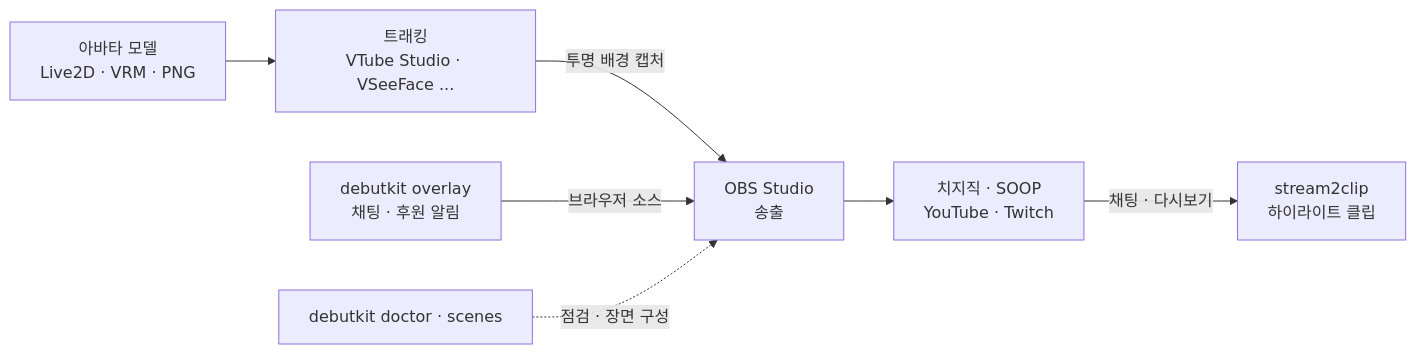
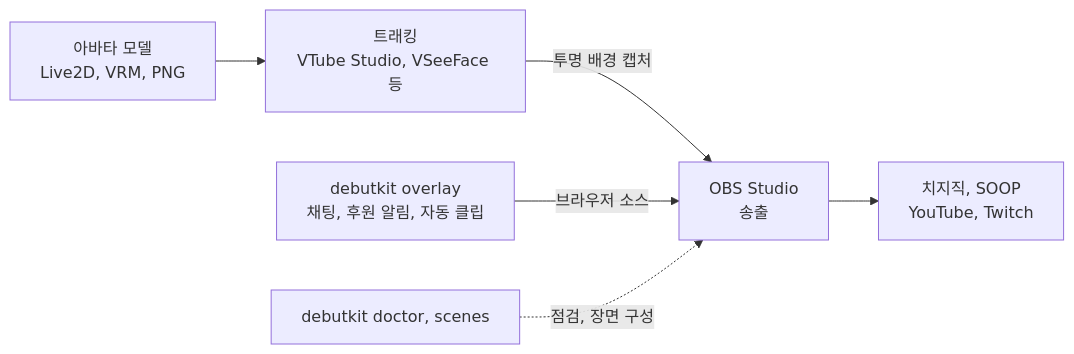
One commit to BudongJW/debutkit changed the diagram in docs/SOFTWARE.md. Above: the diagram before and after it, drawn with Mermaid. The commit also changed other lines of this file and 81 other files, not shown here.

First line of the commit message:
debutkit 0.3: 프로젝트 사이트, ffmpeg 내려받기, 치지직 로그인, 브랜드 적용

````diff
--- a/docs/SOFTWARE.md
+++ b/docs/SOFTWARE.md
@@ -7,9 +10,8 @@
 ```mermaid
 flowchart LR
-    M["아바타 모델<br/>Live2D · VRM · PNG"] --> T["트래킹<br/>VTube Studio · VSeeFace ..."]
+    M["아바타 모델<br/>Live2D, VRM, PNG"] --> T["트래킹<br/>VTube Studio, VSeeFace 등"]
     T -->|"투명 배경 캡처"| O["OBS Studio<br/>송출"]
-    C["debutkit overlay<br/>채팅 · 후원 알림"] -->|"브라우저 소스"| O
-    O --> P["치지직 · SOOP<br/>YouTube · Twitch"]
-    P -->|"채팅 · 다시보기"| S["stream2clip<br/>하이라이트 클립"]
-    D["debutkit doctor · scenes"] -.점검 · 장면 구성.-> O
+    C["debutkit overlay<br/>채팅, 후원 알림, 자동 클립"] -->|"브라우저 소스"| O
+    O --> P["치지직, SOOP<br/>YouTube, Twitch"]
+    D["debutkit doctor, scenes"] -.점검, 장면 구성.-> O
 ```
````
